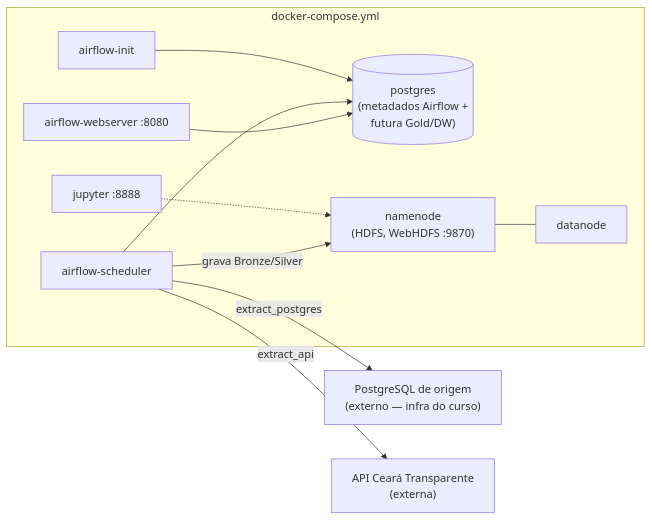
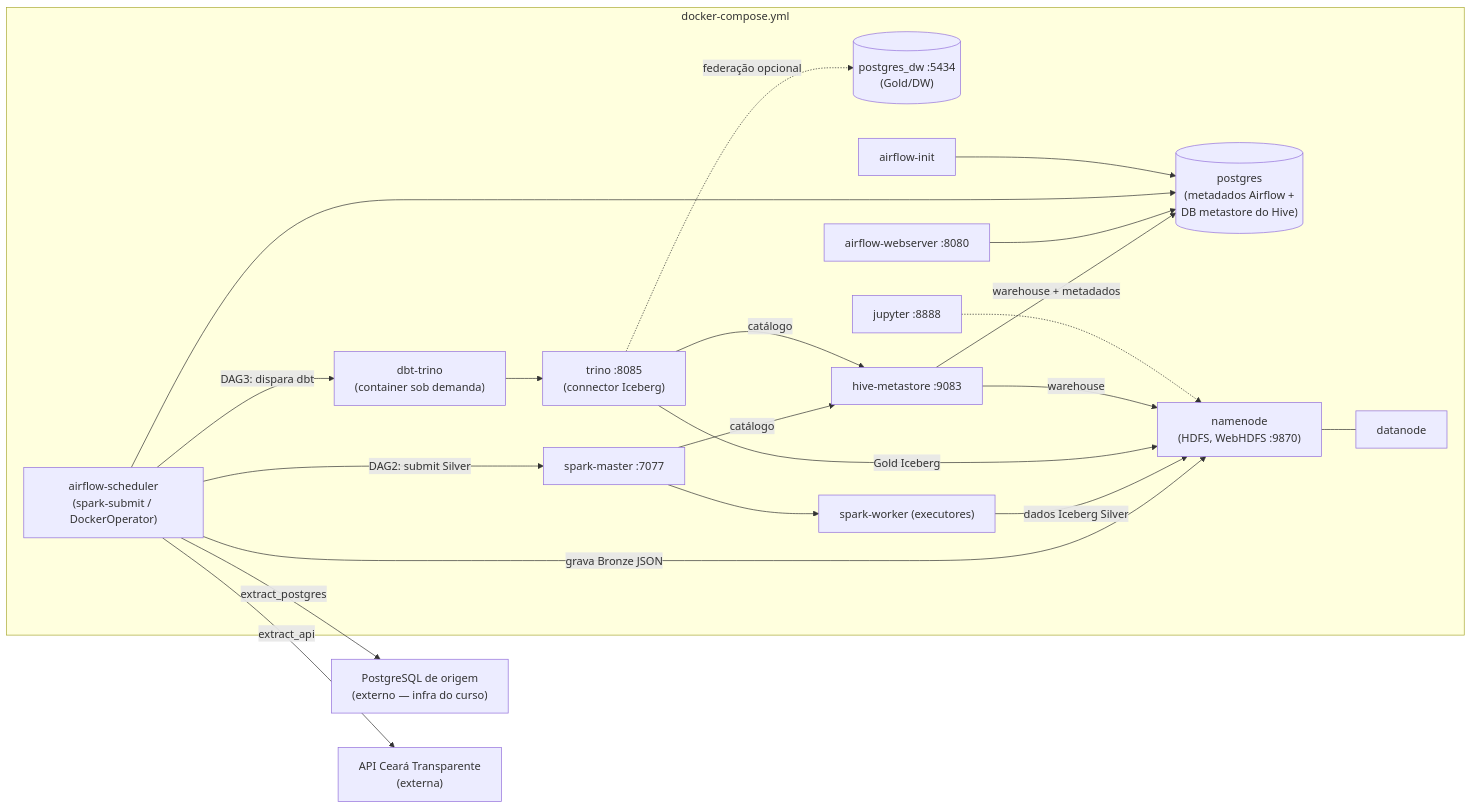
Before and after one commit to jaimejrs/data-engineering-lab-PY03: the third of 3 diagrams in documentacao/diagrama-arquitetura.md, drawn with Mermaid. The commit also changed other lines of this file and 42 other files, not shown here.

First line of the commit message:
Evolui pipeline para lakehouse: Silver Iceberg/Spark + Gold dbt-trino

````diff
--- a/documentacao/diagrama-arquitetura.md
+++ b/documentacao/diagrama-arquitetura.md
@@ -89,23 +91,38 @@
 ```mermaid
 flowchart LR
     subgraph Docker["docker-compose.yml"]
-        PG_META[("postgres\n(metadados Airflow +\nfutura Gold/DW)")]
+        PG_META[("postgres\n(metadados Airflow +\nDB metastore do Hive)")]
+        PG_DW[("postgres_dw :5434\n(Gold/DW)")]
         NN["namenode\n(HDFS, WebHDFS :9870)"]
         DN["datanode"]
         AF_INIT["airflow-init"]
         AF_WEB["airflow-webserver :8080"]
-        AF_SCH["airflow-scheduler"]
+        AF_SCH["airflow-scheduler\n(spark-submit / DockerOperator)"]
+        SM["spark-master :7077"]
+        SW["spark-worker (executores)"]
+        HMS["hive-metastore :9083"]
+        TR["trino :8085\n(connector Iceberg)"]
+        DBT["dbt-trino\n(container sob demanda)"]
         JUP["jupyter :8888"]
     end
     SRC_PG["PostgreSQL de origem\n(externo — infra do curso)"]
     SRC_API["API Ceará Transparente\n(externa)"]
 
     AF_SCH -->|extract_postgres| SRC_PG
     AF_SCH -->|extract_api| SRC_API
-    AF_SCH -->|grava Bronze/Silver| NN
+    AF_SCH -->|grava Bronze JSON| NN
+    AF_SCH -->|DAG2: submit Silver| SM --> SW
+    AF_SCH -->|DAG3: dispara dbt| DBT --> TR
+    SW -->|dados Iceberg Silver| NN
+    TR -->|Gold Iceberg| NN
+    SM -->|catálogo| HMS
+    TR -->|catálogo| HMS
+    HMS -->|warehouse + metadados| PG_META
+    HMS -->|warehouse| NN
+    TR -.->|federação opcional| PG_DW
     NN --- DN
     AF_WEB --> PG_META
     AF_SCH --> PG_META
     AF_INIT --> PG_META
     JUP -.-> NN
 ```
````
